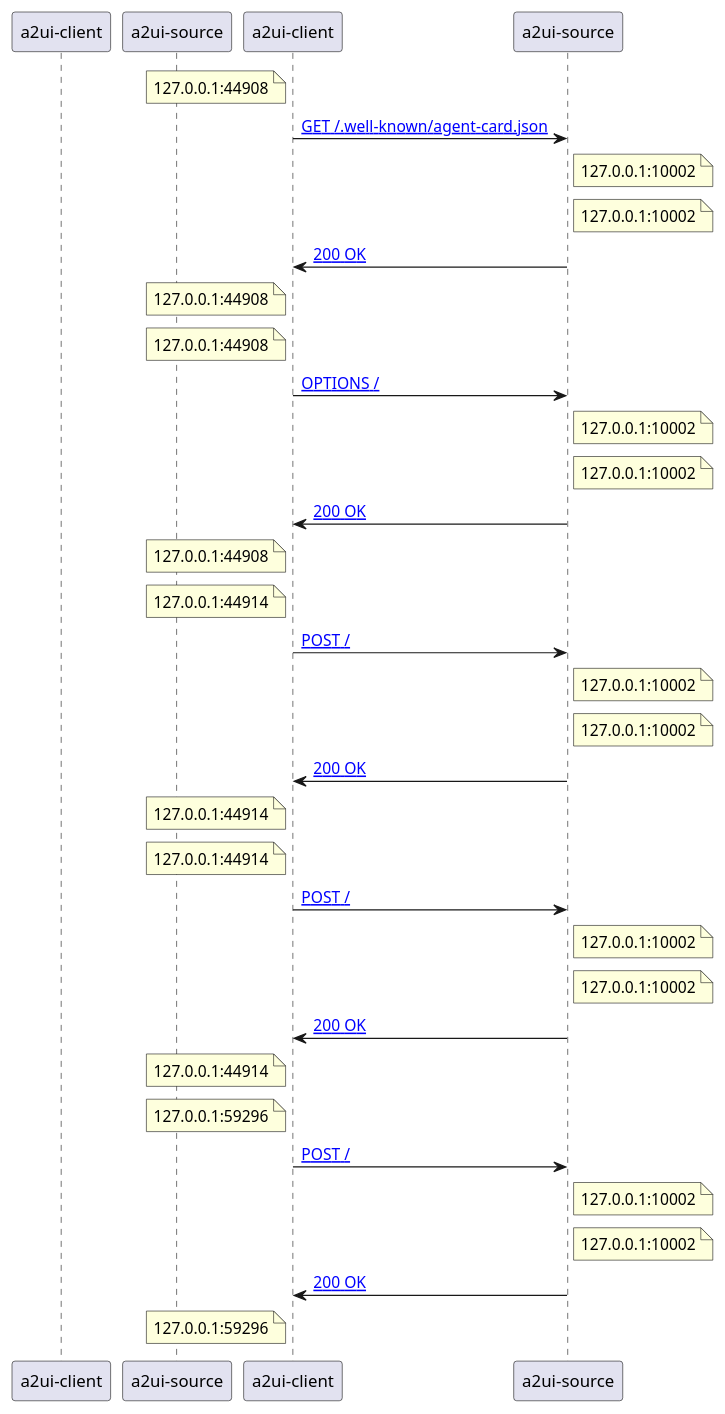
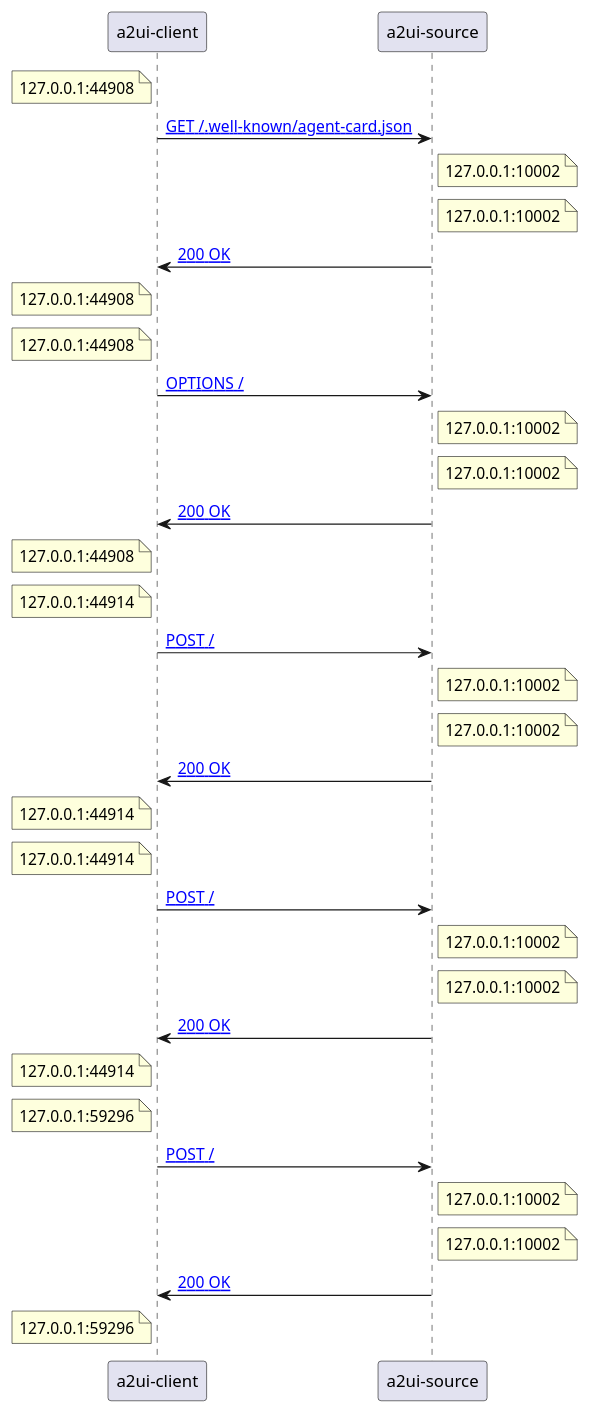
One commit to ksridhar/protoview changed the diagram in pvtestseqd2.puml. Above: the diagram before and after it, drawn with PlantUML. The commit also changed 3 other files, not shown here.

```diff
--- a/pvtestseqd2.puml
+++ b/pvtestseqd2.puml
@@ -1,46 +1,49 @@
 @startuml
 skinparam svgLinkTarget my_display_frame
 
+' 1. Define Participants with aliases to avoid naming conflicts
 participant "a2ui-client" as a2ui_client
 participant "a2ui-source" as a2ui_source
 
-note left of "a2ui-client" : 127.0.0.1:44908
-"a2ui-client" -> "a2ui-source" : [[file:///home/bard/xxx.req.244.rsp.248.json GET /.well-known/agent-card.json]]
-note right of "a2ui-source" : 127.0.0.1:10002
+' 2. Sequence Transactions
+note left of a2ui_client : 127.0.0.1:44908
+a2ui_client -> a2ui_source : [[file:///home/bard/xxx.req.244.rsp.248.json GET /.well-known/agent-card.json]]
+note right of a2ui_source : 127.0.0.1:10002
 
-note right of "a2ui-source" : 127.0.0.1:10002
-"a2ui-source" -> "a2ui-client" : [[file:///home/bard/xxx.rsp.248.req.244.json 200 OK]]
-note left of "a2ui-client" : 127.0.0.1:44908
+note right of a2ui_source : 127.0.0.1:10002
+a2ui_source -> a2ui_client : [[file:///home/bard/xxx.rsp.248.req.244.json 200 OK]]
+note left of a2ui_client : 127.0.0.1:44908
 
-note left of "a2ui-client" : 127.0.0.1:44908
-"a2ui-client" -> "a2ui-source" : [[file:///home/bard/xxx.req.250.rsp.252.json OPTIONS /]]
-note right of "a2ui-source" : 127.0.0.1:10002
+note left of a2ui_client : 127.0.0.1:44908
+a2ui_client -> a2ui_source : [[file:///home/bard/xxx.req.250.rsp.252.json OPTIONS /]]
+note right of a2ui_source : 127.0.0.1:10002
 
-note right of "a2ui-source" : 127.0.0.1:10002
-"a2ui-source" -> "a2ui-client" : [[file:///home/bard/xxx.rsp.252.req.250.json 200 OK]]
-note left of "a2ui-client" : 127.0.0.1:44908
+note right of a2ui_source : 127.0.0.1:10002
+a2ui_source -> a2ui_client : [[file:///home/bard/xxx.rsp.252.req.250.json 200 OK]]
+note left of a2ui_client : 127.0.0.1:44908
 
-note left of "a2ui-client" : 127.0.0.1:44914
-"a2ui-client" -> "a2ui-source" : [[file:///home/bard/xxx.req.259.rsp.271.json POST /]]
-note right of "a2ui-source" : 127.0.0.1:10002
+note left of a2ui_client : 127.0.0.1:44914
+a2ui_client -> a2ui_source : [[file:///home/bard/xxx.req.259.rsp.271.json POST /]]
+note right of a2ui_source : 127.0.0.1:10002
 
-note right of "a2ui-source" : 127.0.0.1:10002
-"a2ui-source" -> "a2ui-client" : [[file:///home/bard/xxx.rsp.271.req.259.json 200 OK]]
-note left of "a2ui-client" : 127.0.0.1:44914
+note right of a2ui_source : 127.0.0.1:10002
+a2ui_source -> a2ui_client : [[file:///home/bard/xxx.rsp.271.req.259.json 200 OK]]
+note left of a2ui_client : 127.0.0.1:44914
 
-note left of "a2ui-client" : 127.0.0.1:44914
-"a2ui-client" -> "a2ui-source" : [[file:///home/bard/xxx.req.307.rsp.315.json POST /]]
-note right of "a2ui-source" : 127.0.0.1:10002
+note left of a2ui_client : 127.0.0.1:44914
+a2ui_client -> a2ui_source : [[file:///home/bard/xxx.req.307.rsp.315.json POST /]]
+note right of a2ui_source : 127.0.0.1:10002
 
-note right of "a2ui-source" : 127.0.0.1:10002
-"a2ui-source" -> "a2ui-client" : [[file:///home/bard/xxx.rsp.315.req.307.json 200 OK]]
-note left of "a2ui-client" : 127.0.0.1:44914
+note right of a2ui_source : 127.0.0.1:10002
+a2ui_source -> a2ui_client : [[file:///home/bard/xxx.rsp.315.req.307.json 200 OK]]
+note left of a2ui_client : 127.0.0.1:44914
 
-note left of "a2ui-client" : 127.0.0.1:59296
-"a2ui-client" -> "a2ui-source" : [[file:///home/bard/xxx.req.334.rsp.347.json POST /]]
-note right of "a2ui-source" : 127.0.0.1:10002
+note left of a2ui_client : 127.0.0.1:59296
+a2ui_client -> a2ui_source : [[file:///home/bard/xxx.req.334.rsp.347.json POST /]]
+note right of a2ui_source : 127.0.0.1:10002
 
-note right of "a2ui-source" : 127.0.0.1:10002
-"a2ui-source" -> "a2ui-client" : [[file:///home/bard/xxx.rsp.347.req.334.json 200 OK]]
-note left of "a2ui-client" : 127.0.0.1:59296
+note right of a2ui_source : 127.0.0.1:10002
+a2ui_source -> a2ui_client : [[file:///home/bard/xxx.rsp.347.req.334.json 200 OK]]
+note left of a2ui_client : 127.0.0.1:59296
+
 @enduml
```
